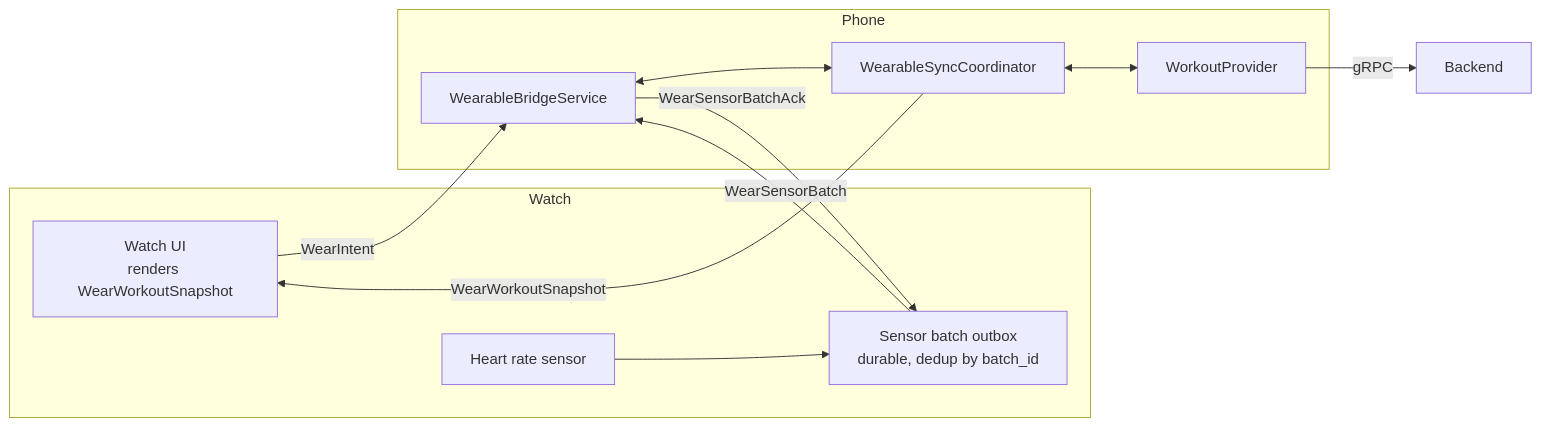
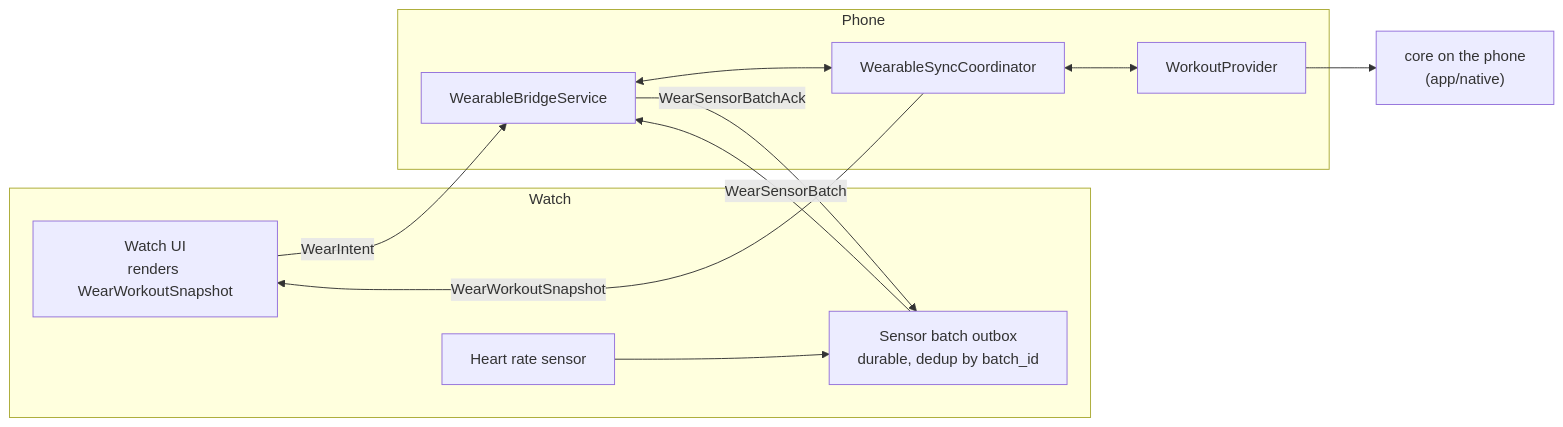
The first of 4 diagrams in docs/architecture/wearable.md (brensch/lift), drawn with Mermaid before and after one commit. The commit also changed other lines of this file and 214 other files, not shown here.

First line of the commit message:
Local-first: the Rust core on the phone (#74)

````diff
--- a/docs/architecture/wearable.md
+++ b/docs/architecture/wearable.md
@@ -8,24 +10,24 @@
 ```mermaid
 graph LR
     subgraph watch["Watch"]
         ui["Watch UI<br/>renders WearWorkoutSnapshot"]
         hr["Heart rate sensor"]
         outbox["Sensor batch outbox<br/>durable, dedup by batch_id"]
     end
 
     subgraph phone["Phone"]
         bridge["WearableBridgeService"]
         coord["WearableSyncCoordinator"]
         wp["WorkoutProvider"]
     end
 
-    server["Backend"]
+    core["core on the phone<br/>(app/native)"]
 
     ui -->|"WearIntent"| bridge
     hr --> outbox -->|"WearSensorBatch"| bridge
     bridge -->|"WearSensorBatchAck"| outbox
     coord -->|"WearWorkoutSnapshot"| ui
     bridge <--> coord
     coord <--> wp
-    wp -->|gRPC| server
+    wp --> core
 ```
````
